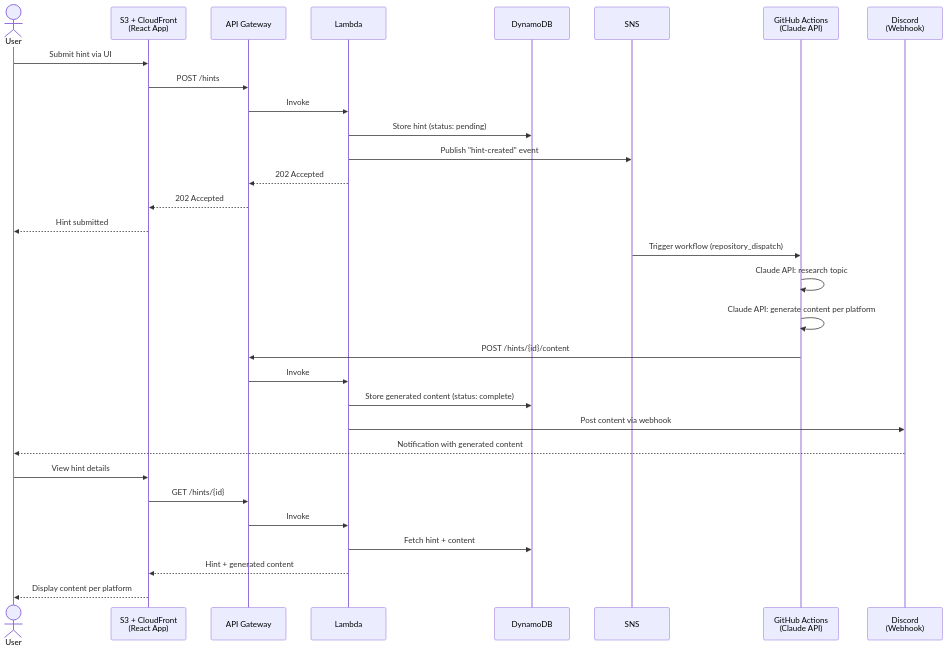
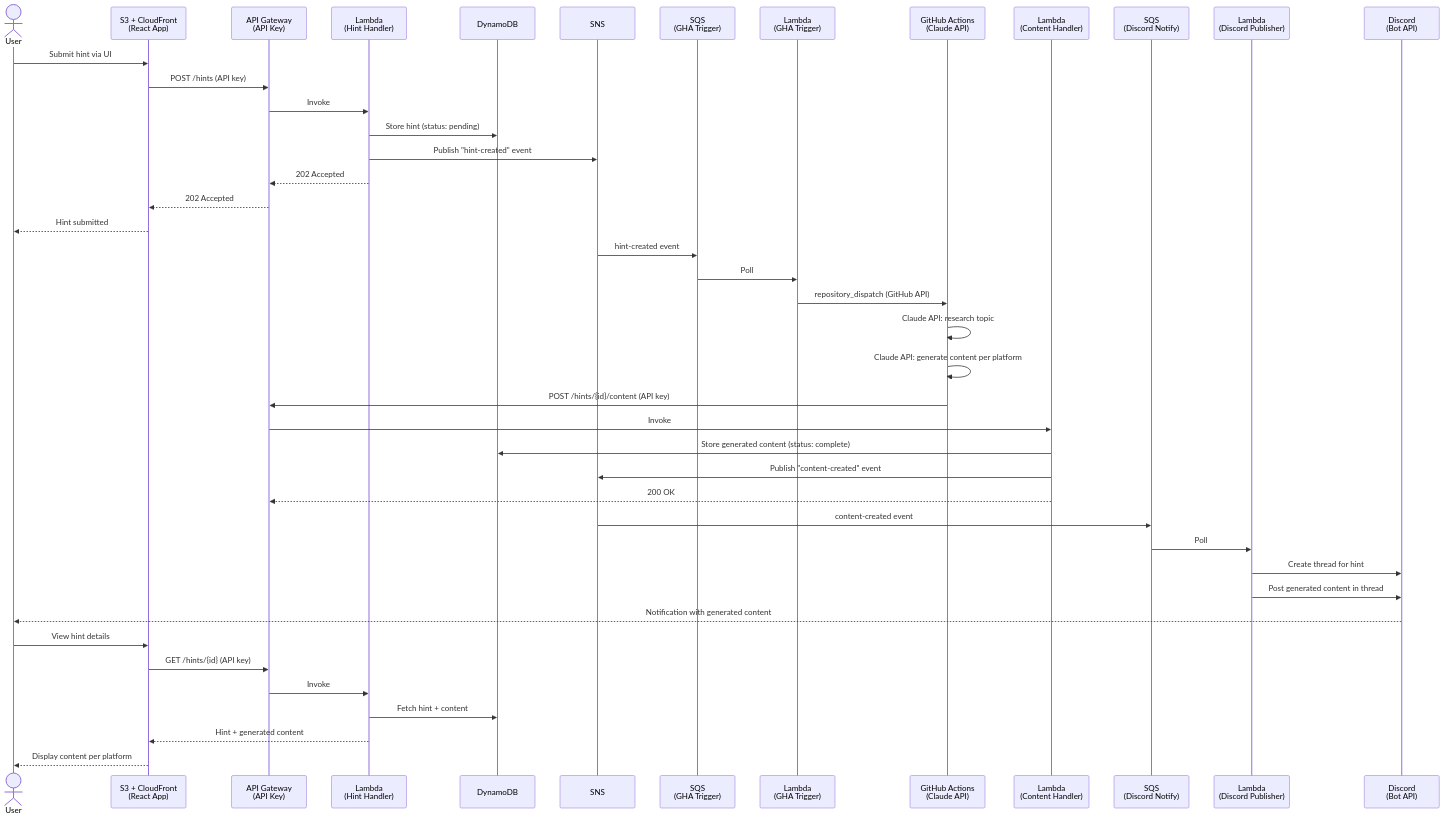
Before and after one commit to traczewskim/social-media-publisher: the diagram in requirements.md, drawn with Mermaid. The commit also changed other lines of this file, not shown here.

First line of the commit message:
Refine architecture: SNS+SQS+Lambda pipeline, API key auth, Discord threads

````diff
--- a/requirements.md
+++ b/requirements.md
@@ -14,39 +14,55 @@
 ```mermaid
 sequenceDiagram
     actor User
     participant S3/CF as S3 + CloudFront<br/>(React App)
-    participant APIGW as API Gateway
-    participant Lambda as Lambda
+    participant APIGW as API Gateway<br/>(API Key)
+    participant LHint as Lambda<br/>(Hint Handler)
     participant DDB as DynamoDB
     participant SNS as SNS
+    participant SQS1 as SQS<br/>(GHA Trigger)
+    participant LTrigger as Lambda<br/>(GHA Trigger)
     participant GHA as GitHub Actions<br/>(Claude API)
-    participant Discord as Discord<br/>(Webhook)
+    participant LContent as Lambda<br/>(Content Handler)
+    participant SQS2 as SQS<br/>(Discord Notify)
+    participant LDiscord as Lambda<br/>(Discord Publisher)
+    participant Discord as Discord<br/>(Bot API)
 
     %% Submit hint flow
     User->>S3/CF: Submit hint via UI
-    S3/CF->>APIGW: POST /hints
-    APIGW->>Lambda: Invoke
-    Lambda->>DDB: Store hint (status: pending)
-    Lambda->>SNS: Publish "hint-created" event
-    Lambda-->>APIGW: 202 Accepted
+    S3/CF->>APIGW: POST /hints (API key)
+    APIGW->>LHint: Invoke
+    LHint->>DDB: Store hint (status: pending)
+    LHint->>SNS: Publish "hint-created" event
+    LHint-->>APIGW: 202 Accepted
     APIGW-->>S3/CF: 202 Accepted
     S3/CF-->>User: Hint submitted
 
+    %% SNS fanout → trigger GitHub Actions
+    SNS->>SQS1: hint-created event
+    SQS1->>LTrigger: Poll
+    LTrigger->>GHA: repository_dispatch (GitHub API)
+
     %% Research + generation flow
-    SNS->>GHA: Trigger workflow (repository_dispatch)
     GHA->>GHA: Claude API: research topic
     GHA->>GHA: Claude API: generate content per platform
-    GHA->>APIGW: POST /hints/{id}/content
-    APIGW->>Lambda: Invoke
-    Lambda->>DDB: Store generated content (status: complete)
-    Lambda->>Discord: Post content via webhook
+    GHA->>APIGW: POST /hints/{id}/content (API key)
+    APIGW->>LContent: Invoke
+    LContent->>DDB: Store generated content (status: complete)
+    LContent->>SNS: Publish "content-created" event
+    LContent-->>APIGW: 200 OK
+
+    %% SNS fanout → Discord notification
+    SNS->>SQS2: content-created event
+    SQS2->>LDiscord: Poll
+    LDiscord->>Discord: Create thread for hint
+    LDiscord->>Discord: Post generated content in thread
     Discord-->>User: Notification with generated content
 
     %% Review flow
     User->>S3/CF: View hint details
-    S3/CF->>APIGW: GET /hints/{id}
-    APIGW->>Lambda: Invoke
-    Lambda->>DDB: Fetch hint + content
-    Lambda-->>S3/CF: Hint + generated content
+    S3/CF->>APIGW: GET /hints/{id} (API key)
+    APIGW->>LHint: Invoke
+    LHint->>DDB: Fetch hint + content
+    LHint-->>S3/CF: Hint + generated content
     S3/CF-->>User: Display content per platform
 ```
````
